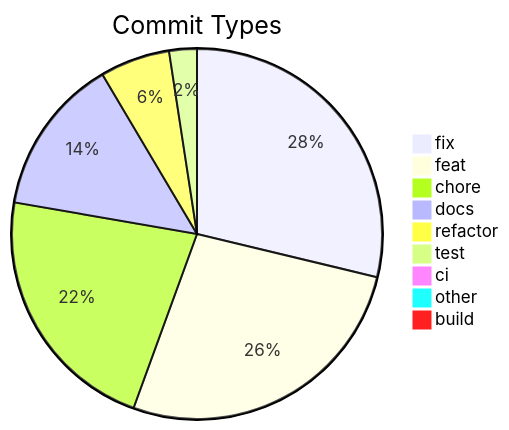
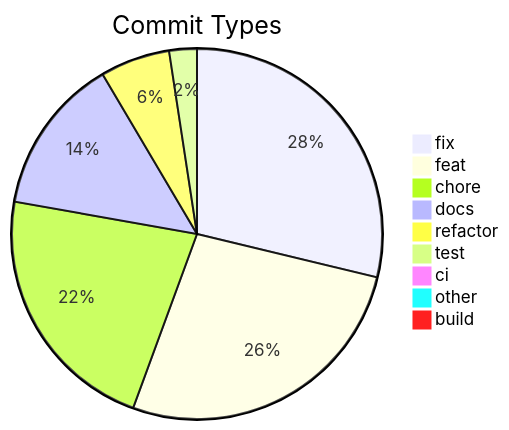
The diagram in .shipwright/compliance/change-history.md (svenroth-ai/shipwright), drawn with Mermaid before and after one commit. The commit also changed other lines of this file and 7 other files, not shown here.

````diff
--- a/.shipwright/compliance/change-history.md
+++ b/.shipwright/compliance/change-history.md
@@ -8,12 +8,12 @@
 ```mermaid
 pie title Commit Types
-    "fix" : 297
-    "feat" : 277
-    "chore" : 229
+    "fix" : 298
+    "feat" : 278
+    "chore" : 230
     "docs" : 142
     "refactor" : 63
     "test" : 25
     "ci" : 7
     "other" : 7
     "build" : 1
 ```
````
